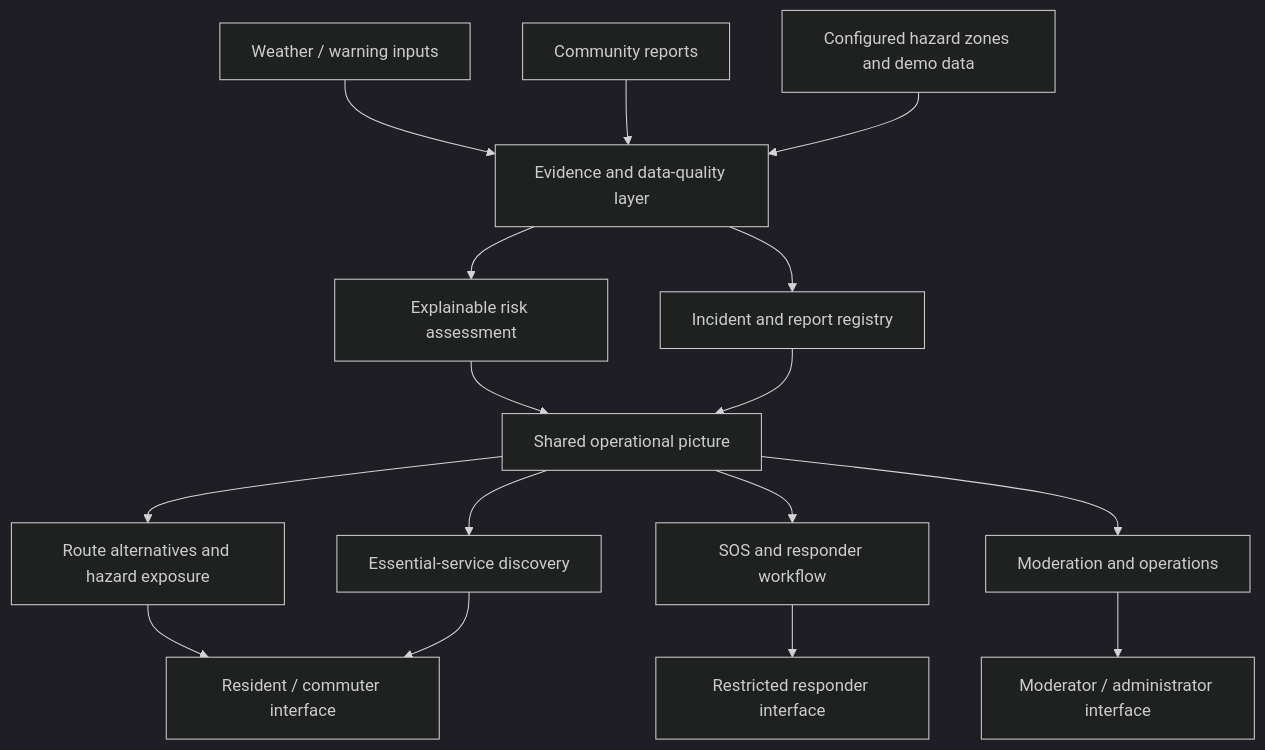
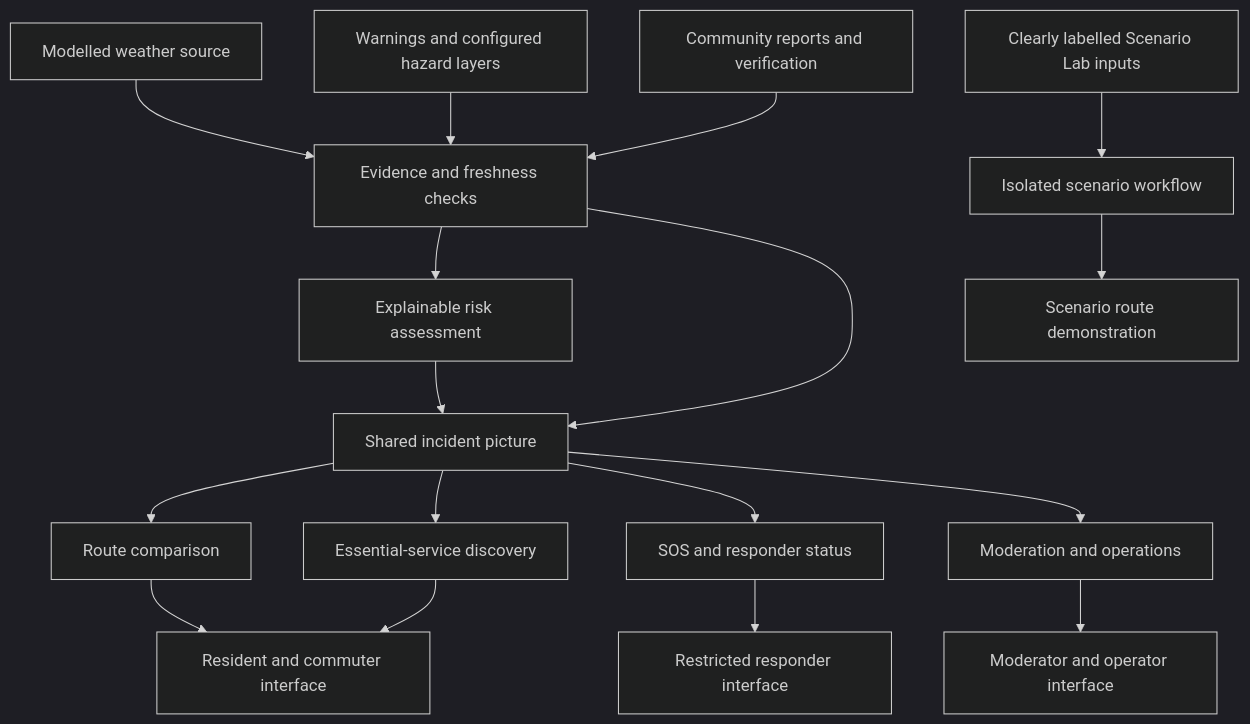
One commit to Kaironetworks/FloodSense changed the diagram in README.md. Above: the diagram before and after it, drawn with Mermaid (dark theme). The commit also changed other lines of this file, not shown here.

````diff
--- a/README.md
+++ b/README.md
@@ -111,18 +50,19 @@
 ```mermaid
 flowchart TD
-    A["Weather / warning inputs"] --> D["Evidence and data-quality layer"]
-    B["Community reports"] --> D
-    C["Configured hazard zones and demo data"] --> D
-    D --> E["Explainable risk assessment"]
-    D --> F["Incident and report registry"]
-    E --> G["Shared operational picture"]
-    F --> G
-    G --> H["Route alternatives and hazard exposure"]
-    G --> I["Essential-service discovery"]
-    G --> J["SOS and responder workflow"]
-    G --> K["Moderation and operations"]
-    H --> L["Resident / commuter interface"]
-    I --> L
-    J --> M["Restricted responder interface"]
-    K --> N["Moderator / administrator interface"]
+    A["Modelled weather source"] --> D["Evidence and freshness checks"]
+    B["Warnings and configured hazard layers"] --> D
+    C["Community reports and verification"] --> D
+    E["Clearly labelled Scenario Lab inputs"] --> F["Isolated scenario workflow"]
+    D --> G["Explainable risk assessment"]
+    D --> H["Shared incident picture"]
+    G --> H
+    H --> I["Route comparison"]
+    H --> J["Essential-service discovery"]
+    H --> K["SOS and responder status"]
+    H --> L["Moderation and operations"]
+    F --> M["Scenario route demonstration"]
+    I --> N["Resident and commuter interface"]
+    J --> N
+    K --> O["Restricted responder interface"]
+    L --> P["Moderator and operator interface"]
 ```
````
